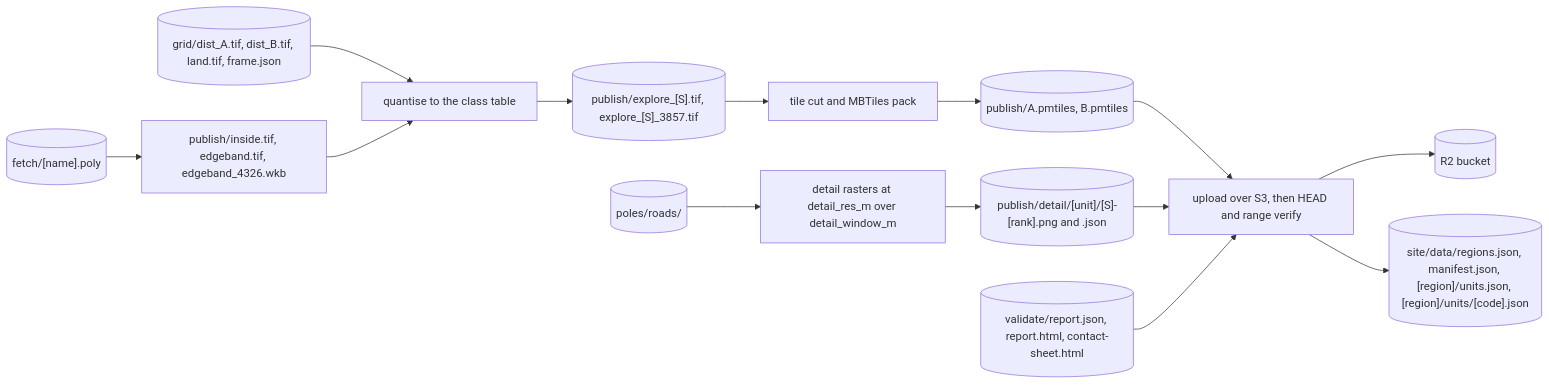
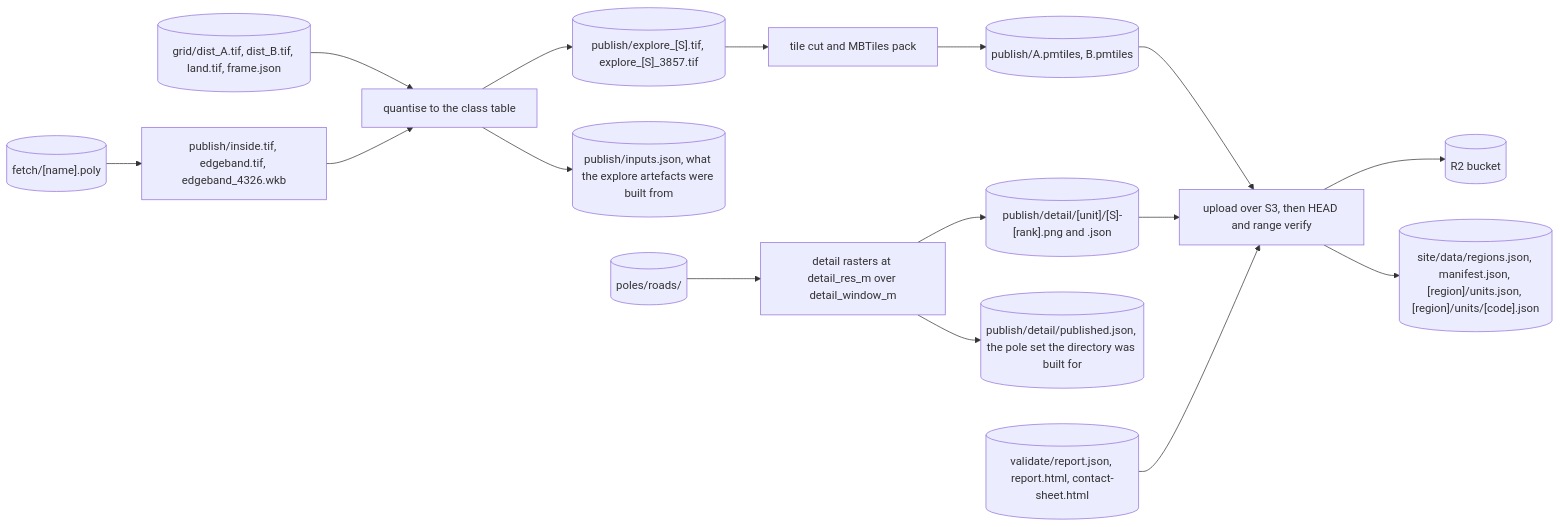
Before and after one commit to donataskasp/poles-of-remoteness: the eighth of 8 diagrams in docs/diagrams/01-pipeline.md, drawn with Mermaid. The commit also changed other lines of this file and 6 other files, not shown here.

Commit message:
docs: doc pins run against the checkout in CI, site data flow and pipeline tables corrected (#42)

````diff
--- a/docs/diagrams/01-pipeline.md
+++ b/docs/diagrams/01-pipeline.md
@@ -117,16 +117,18 @@
 ```mermaid
 flowchart LR
     poly[("fetch/[name].poly")] --> masks["publish/inside.tif, edgeband.tif, edgeband_4326.wkb"]
     gridin[("grid/dist_A.tif, dist_B.tif, land.tif, frame.json")] --> quant["quantise to the class table"]
     masks --> quant
     quant --> expl[("publish/explore_[S].tif, explore_[S]_3857.tif")]
+    quant --> stamp[("publish/inputs.json, what the explore artefacts were built from")]
     expl --> cut["tile cut and MBTiles pack"]
     cut --> arch[("publish/A.pmtiles, B.pmtiles")]
     rtiles[("poles/roads/")] --> det["detail rasters at detail_res_m over detail_window_m"]
     det --> dpng[("publish/detail/[unit]/[S]-[rank].png and .json")]
+    det --> dstamp[("publish/detail/published.json, the pole set the directory was built for")]
     arch --> up["upload over S3, then HEAD and range verify"]
     dpng --> up
     val[("validate/report.json, report.html, contact-sheet.html")] --> up
     up --> r2[("R2 bucket")]
     up --> site[("site/data/regions.json, manifest.json, [region]/units.json, [region]/units/[code].json")]
 ```
````
